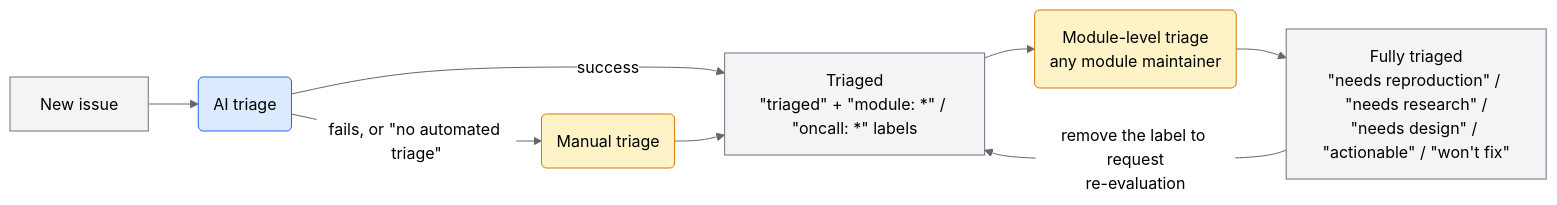
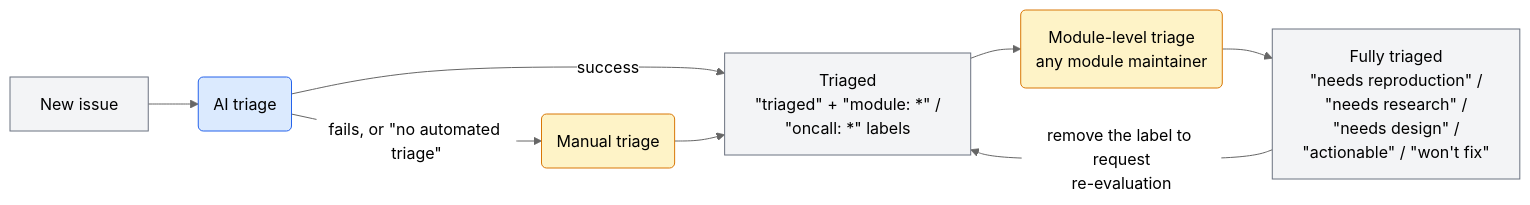
One commit to pytorch/pytorch changed the first of 2 diagrams in CONTRIBUTING.md. Above: the diagram before and after it, drawn with Mermaid (neutral theme). The commit also changed other lines of this file, not shown here.

````diff
--- a/CONTRIBUTING.md
+++ b/CONTRIBUTING.md
@@ -83,15 +83,15 @@
 ```mermaid
 flowchart LR
     new[New issue] --> ai(AI triage)
-    ai -- success --> triaged["Triaged<br/>#quot;triaged#quot; + #quot;module: *#quot; / #quot;oncall: *#quot; labels"]
+    ai -- success --> triaged["Triaged<br/>#quot;triaged#quot; + #quot;module: *#quot; /<br/>#quot;oncall: *#quot; labels"]
     ai -- "fails, or #quot;no automated triage#quot;" --> manual(Manual triage) --> triaged
     triaged --> mtriage("Module-level triage<br/>any module maintainer")
-    mtriage --> full["Fully triaged<br/>#quot;needs reproduction#quot; / #quot;needs research#quot; /<br/>#quot;needs design#quot; / #quot;actionable#quot; / #quot;won't fix#quot;"]
+    mtriage --> full["Fully triaged<br/>#quot;needs reproduction#quot; /<br/>#quot;needs research#quot; /<br/>#quot;needs design#quot; /<br/>#quot;actionable#quot; / #quot;won't fix#quot;"]
     full -- "remove the label to request<br/>re-evaluation" --> triaged
     classDef state fill:#f3f4f6,stroke:#6b7280,color:#000
     classDef aiproc fill:#dbeafe,stroke:#2563eb,color:#000
     classDef humanproc fill:#fef3c7,stroke:#d97706,color:#000
     class new,triaged,full state
     class ai aiproc
     class manual,mtriage humanproc
 ```
````
